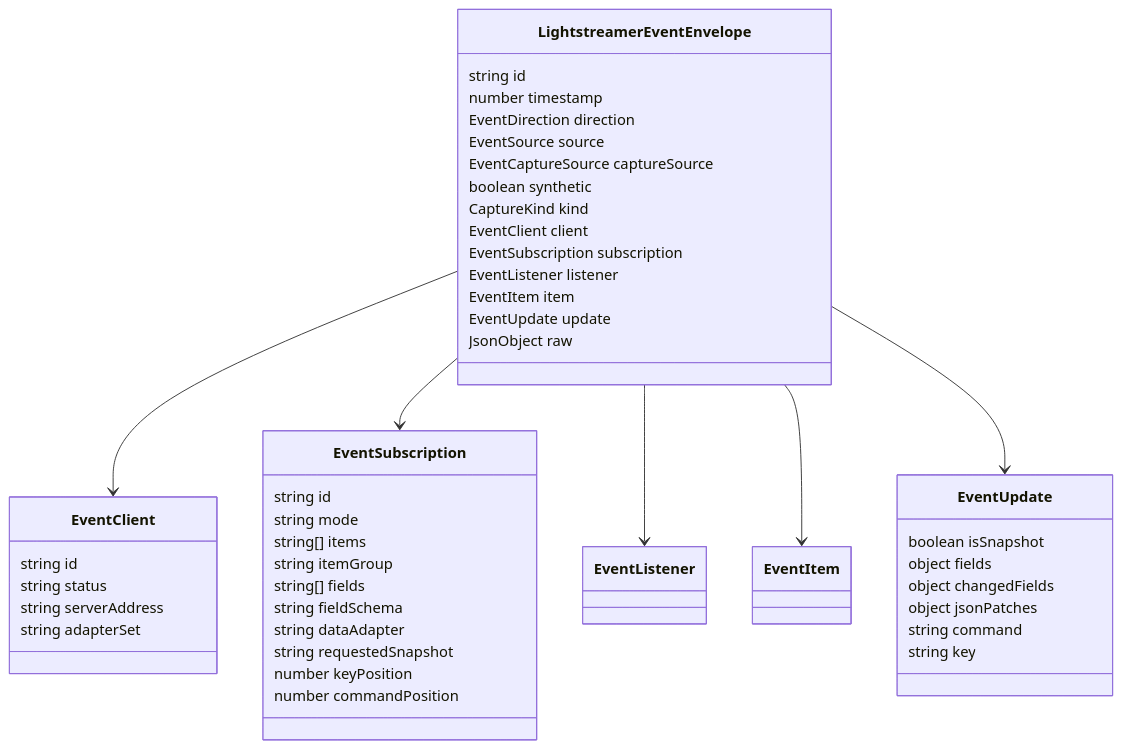
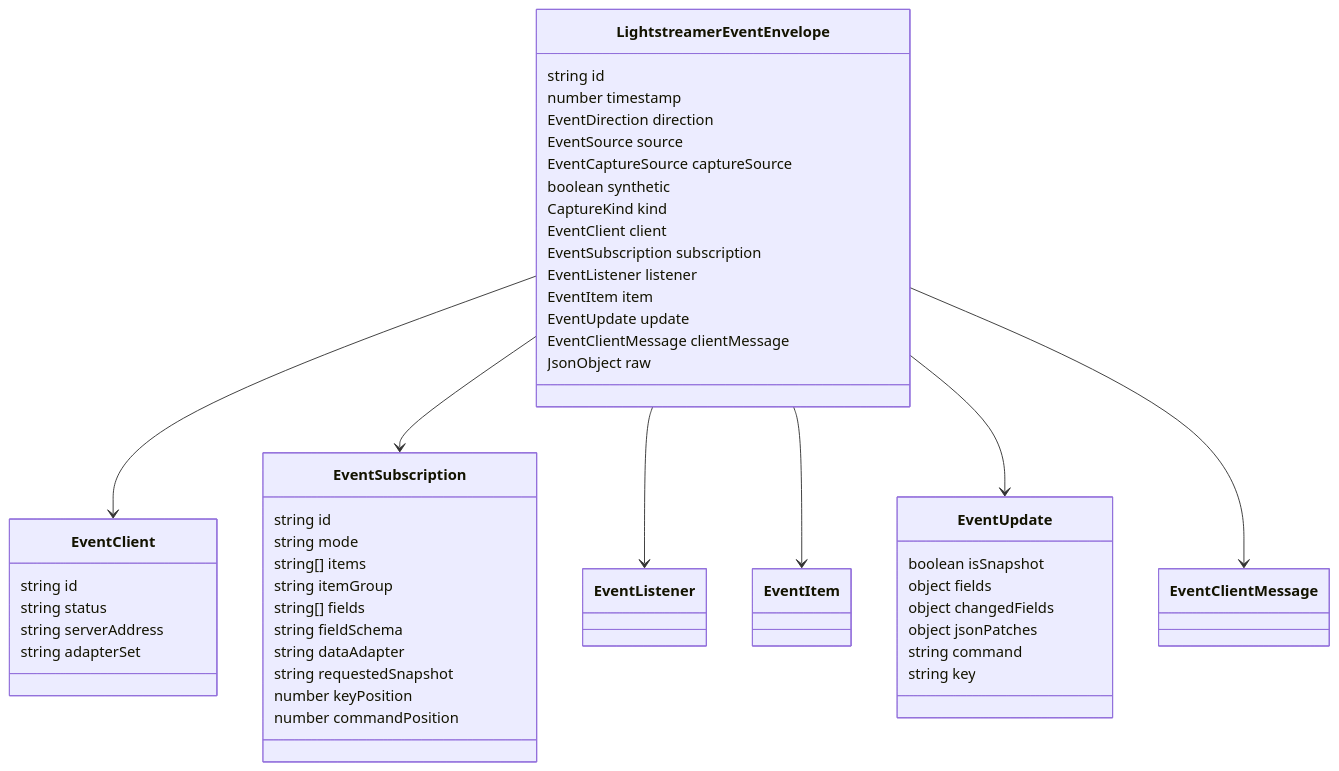
Before and after one commit to imom39a/lightstreamer-workbench-extension: the fourth of 8 diagrams in docs/ARCHITECTURE.md, drawn with Mermaid. The commit also changed other lines of this file and 184 other files, not shown here.

Commit message:
feat: add client message server injection

````diff
--- a/docs/ARCHITECTURE.md
+++ b/docs/ARCHITECTURE.md
@@ -381,53 +396,55 @@
 ```mermaid
 classDiagram
   class LightstreamerEventEnvelope {
     string id
     number timestamp
     EventDirection direction
     EventSource source
     EventCaptureSource captureSource
     boolean synthetic
     CaptureKind kind
     EventClient client
     EventSubscription subscription
     EventListener listener
     EventItem item
     EventUpdate update
+    EventClientMessage clientMessage
     JsonObject raw
   }
 
   class EventClient {
     string id
     string status
     string serverAddress
     string adapterSet
   }
 
   class EventSubscription {
     string id
     string mode
     string[] items
     string itemGroup
     string[] fields
     string fieldSchema
     string dataAdapter
     string requestedSnapshot
     number keyPosition
     number commandPosition
   }
 
   class EventUpdate {
     boolean isSnapshot
     object fields
     object changedFields
     object jsonPatches
     string command
     string key
   }
 
   LightstreamerEventEnvelope --> EventClient
   LightstreamerEventEnvelope --> EventSubscription
   LightstreamerEventEnvelope --> EventListener
   LightstreamerEventEnvelope --> EventItem
   LightstreamerEventEnvelope --> EventUpdate
+  LightstreamerEventEnvelope --> EventClientMessage
 ```
````
